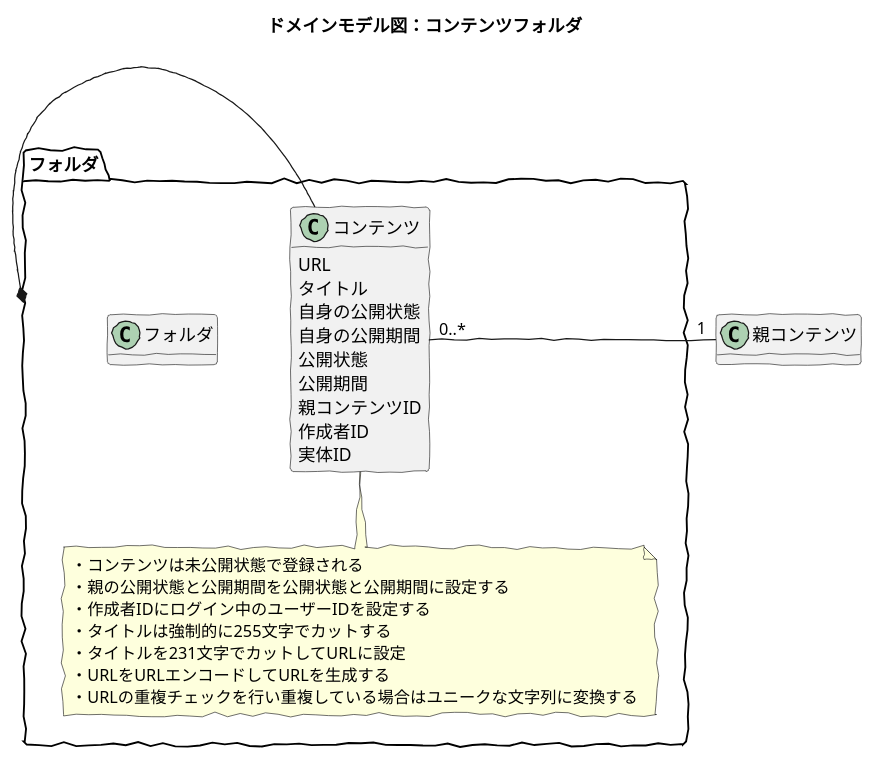
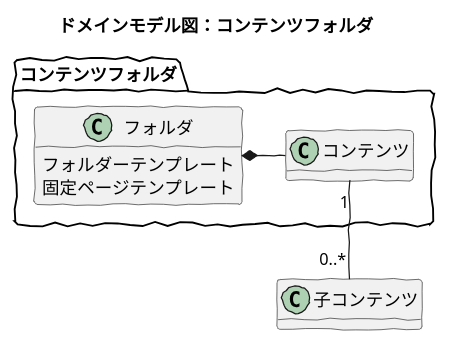
One commit to baserproject/baserproject.github.io changed the diagram in src/puml/5/ucmitz/svg/domain_model/content_folders.puml. Above: the diagram before and after it, drawn with PlantUML. The commit also changed 19 other files, not shown here.

```diff
--- a/src/puml/5/ucmitz/svg/domain_model/content_folders.puml
+++ b/src/puml/5/ucmitz/svg/domain_model/content_folders.puml
@@ -1,40 +1,24 @@
 @startuml
 skinparam handwritten true
 skinparam backgroundColor white
 hide method
 
 title ドメインモデル図：コンテンツフォルダ
 
-package フォルダ {
+package コンテンツフォルダ {
 	
-	class フォルダ
+	class フォルダ {
+		フォルダーテンプレート
+		固定ページテンプレート
+	}
 	
-	class コンテンツ {
-		URL
-		タイトル
-		自身の公開状態
-		自身の公開期間
-		公開状態
-		公開期間
-		親コンテンツID
-		作成者ID
-		実体ID
-	}
-	note bottom
-	・コンテンツは未公開状態で登録される
-	・親の公開状態と公開期間を公開状態と公開期間に設定する
-	・作成者IDにログイン中のユーザーIDを設定する
-	・タイトルは強制的に255文字でカットする
-	・タイトルを231文字でカットしてURLに設定
-	・URLをURLエンコードしてURLを生成する
-	・URLの重複チェックを行い重複している場合はユニークな文字列に変換する
-	endnote
+	class コンテンツ
 
 }
 
-class 親コンテンツ
+class 子コンテンツ
 
 フォルダ *- コンテンツ 
-コンテンツ "0..*" - "1" 親コンテンツ
+コンテンツ "1" -- "0..*" 子コンテンツ
 
 @enduml
```
